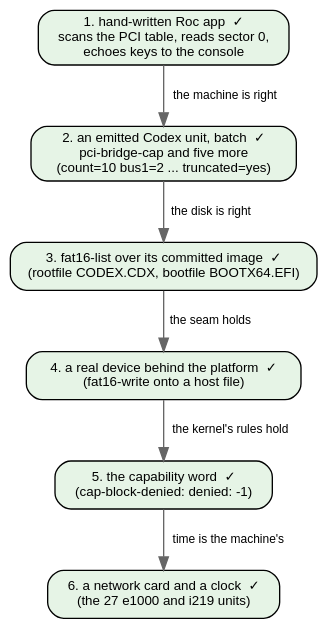
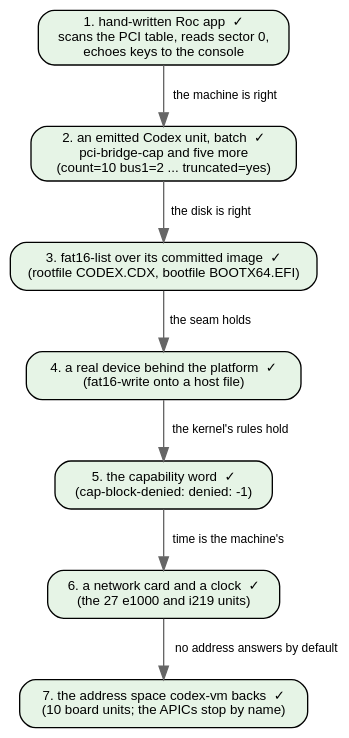
One commit to showell/essay-repl-server changed the tenth of 10 diagrams in notes/roc-machine-emulator.md. Above: the diagram before and after it, drawn with Graphviz. The commit also changed other lines of this file, not shown here.

First line of the commit message:
roc-machine-emulator: step 7, the address space is what codex-vm backs

````diff
--- a/notes/roc-machine-emulator.md
+++ b/notes/roc-machine-emulator.md
@@ -583,19 +625,21 @@
 ```dot
 digraph demo {
   rankdir=TB; bgcolor="transparent";
   node [shape=box style="rounded,filled" fontname="Helvetica" fontsize=10 fillcolor="#ffffff"];
   edge [fontname="Helvetica" fontsize=9 color="#666666"];
 
   a [label="1. hand-written Roc app  ✓\nscans the PCI table, reads sector 0,\nechoes keys to the console" fillcolor="#e6f4e6"];
   b [label="2. an emitted Codex unit, batch  ✓\npci-bridge-cap and five more\n(count=10 bus1=2 ... truncated=yes)" fillcolor="#e6f4e6"];
   c [label="3. fat16-list over its committed image  ✓\n(rootfile CODEX.CDX, bootfile BOOTX64.EFI)" fillcolor="#e6f4e6"];
   d [label="4. a real device behind the platform  ✓\n(fat16-write onto a host file)" fillcolor="#e6f4e6"];
   e [label="5. the capability word  ✓\n(cap-block-denied: denied: -1)" fillcolor="#e6f4e6"];
   f [label="6. a network card and a clock  ✓\n(the 27 e1000 and i219 units)" fillcolor="#e6f4e6"];
+  g [label="7. the address space codex-vm backs  ✓\n(10 board units; the APICs stop by name)" fillcolor="#e6f4e6"];
   a -> b [label="the machine is right"];
   b -> c [label="the disk is right"];
   c -> d [label="the seam holds"];
   d -> e [label="the kernel's rules hold"];
   e -> f [label="time is the machine's"];
+  f -> g [label="no address answers by default"];
 }
 ```
````
